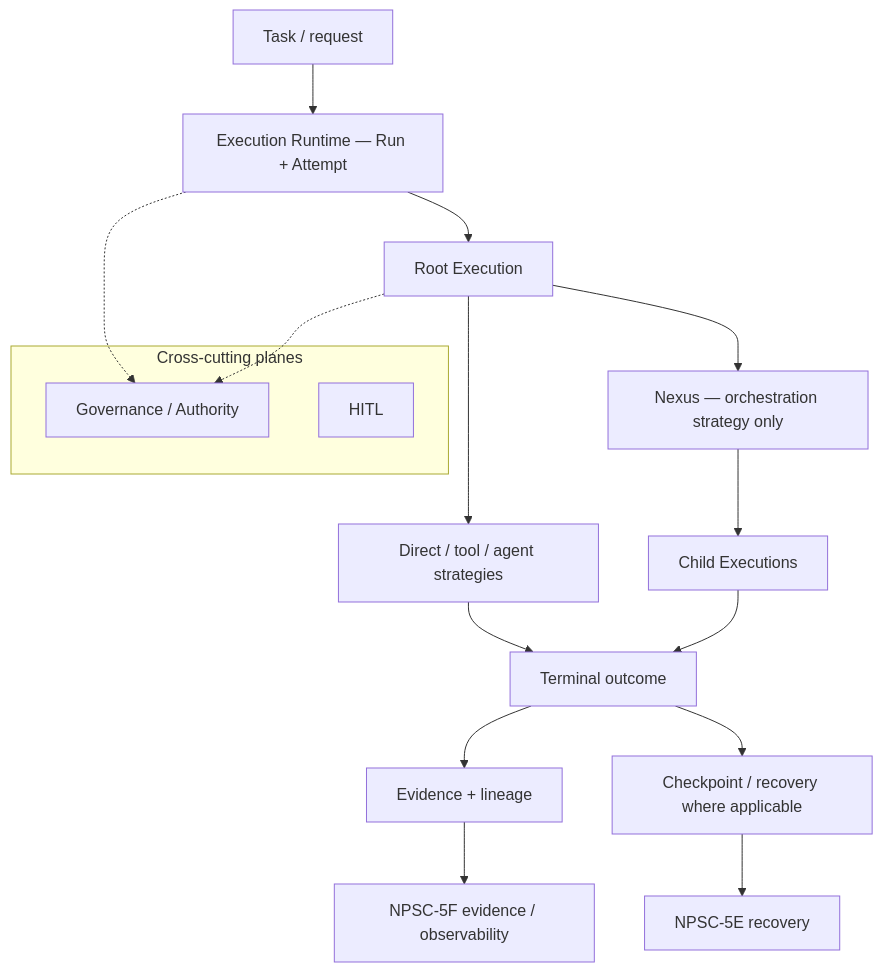
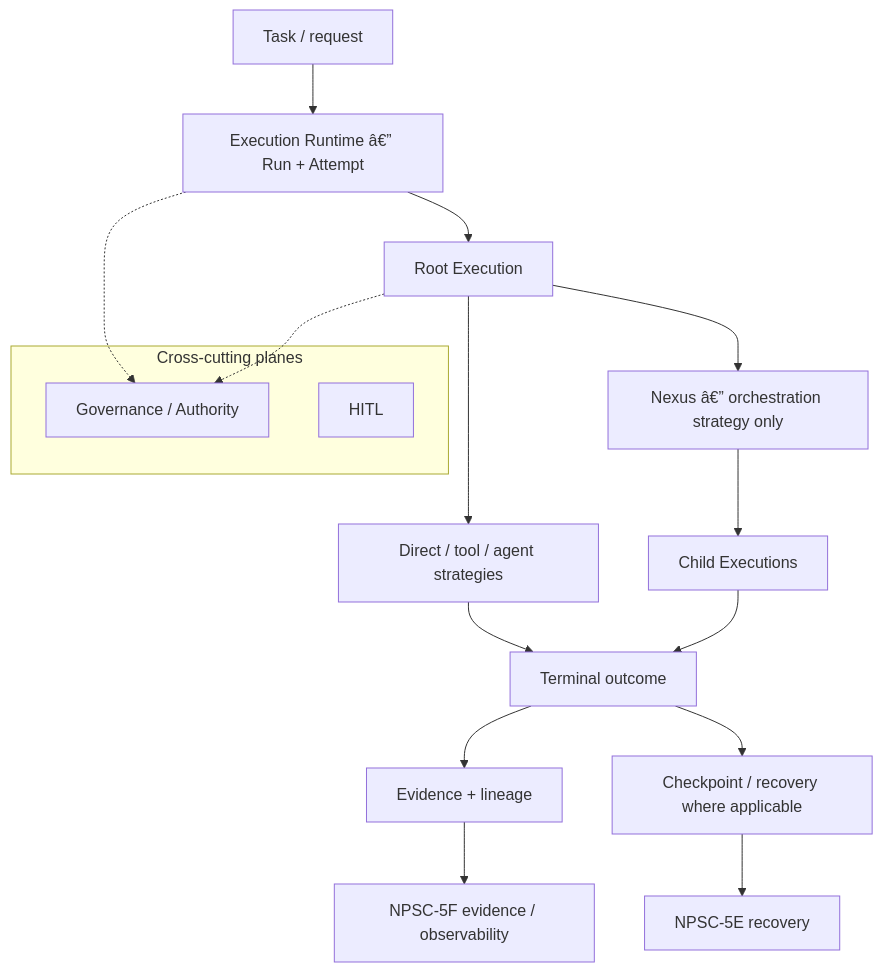
The diagram in docs/project/maintainers/architecture/EXECUTION_ENGINE.md (jakbuczarnecki/intergrax), drawn with Mermaid before and after one commit. The commit also changed other lines of this file and 7 other files, not shown here.

Commit message:
docs(architecture): complete execution engine and decision system closure

````diff
--- a/docs/project/maintainers/architecture/EXECUTION_ENGINE.md
+++ b/docs/project/maintainers/architecture/EXECUTION_ENGINE.md
@@ -108,20 +128,20 @@
 ```mermaid
 flowchart TB
-  T[Task / request] --> RT[Execution Runtime — Run + Attempt]
+  T[Task / request] --> RT[Execution Runtime â€” Run + Attempt]
   RT --> RE[Root Execution]
   RE --> D[Direct / tool / agent strategies]
-  RE --> NX[Nexus — orchestration strategy only]
+  RE --> NX[Nexus â€” orchestration strategy only]
   NX --> CE[Child Executions]
   D --> OUT[Terminal outcome]
   CE --> OUT
   OUT --> EV[Evidence + lineage]
   OUT --> RC[Checkpoint / recovery where applicable]
   subgraph planes [Cross-cutting planes]
     GV[Governance / Authority]
     HI[HITL]
   end
   RT -.-> GV
   RE -.-> GV
   RC --> N5E[NPSC-5E recovery]
   EV --> N5F[NPSC-5F evidence / observability]
 ```
````
